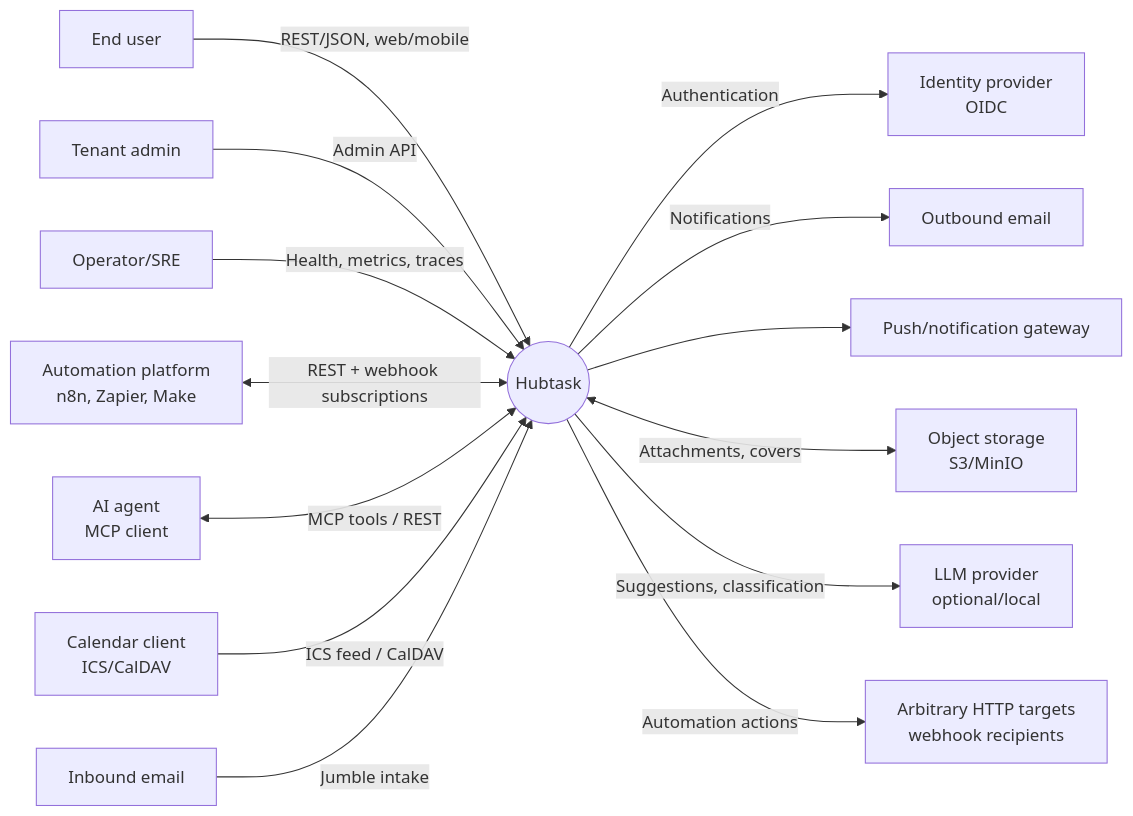
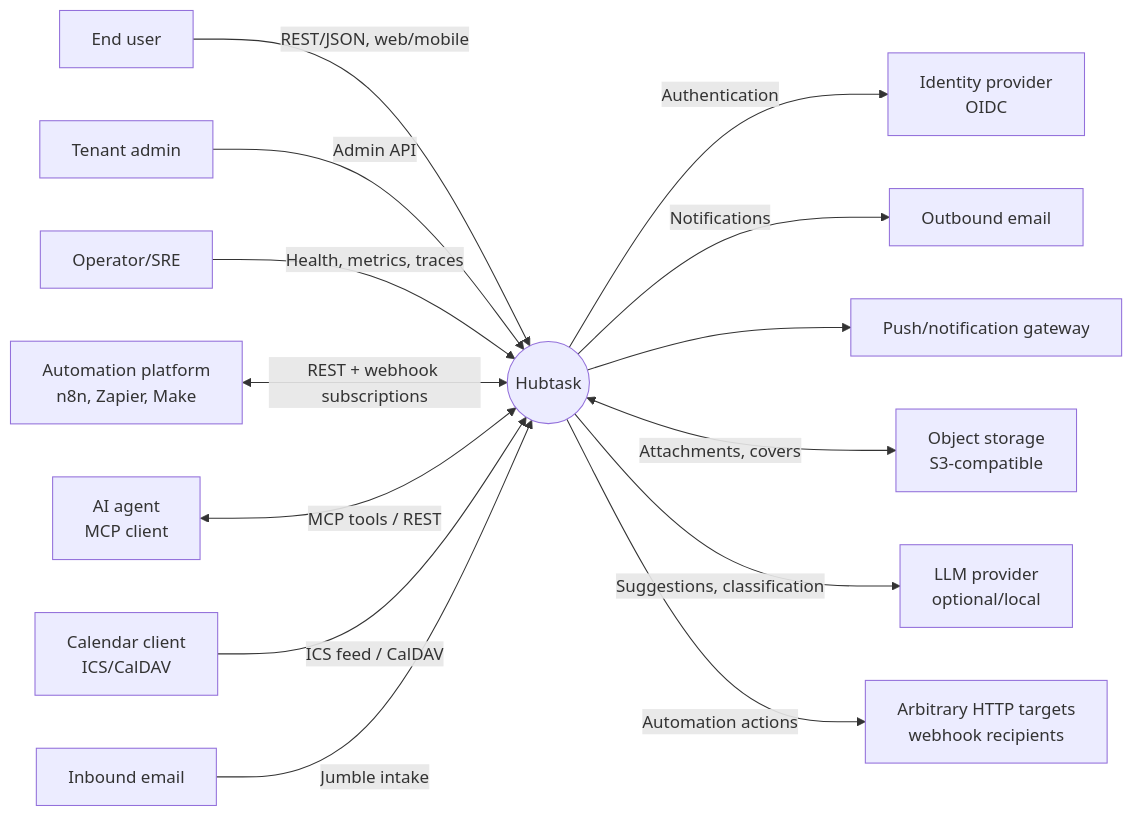
Before and after one commit to Jersyfi/hubtask: the first of 7 diagrams in docs/architecture/arc42.md, drawn with Mermaid. The commit also changed other lines of this file and 31 other files, not shown here.

````diff
--- a/docs/architecture/arc42.md
+++ b/docs/architecture/arc42.md
@@ -160,32 +160,32 @@
 ```mermaid
 graph LR
   U[End user]
   ADMIN[Tenant admin]
   OPS[Operator/SRE]
   AUTO[Automation platform<br/>n8n, Zapier, Make]
   AGENT[AI agent<br/>MCP client]
   CAL[Calendar client<br/>ICS/CalDAV]
   MAIL[Inbound email]
   IDP[Identity provider<br/>OIDC]
   SMTP[Outbound email]
   PUSH[Push/notification gateway]
-  OBJ[Object storage<br/>S3/MinIO]
+  OBJ[Object storage<br/>S3-compatible]
   LLM[LLM provider<br/>optional/local]
   EXT[Arbitrary HTTP targets<br/>webhook recipients]
 
   HT((Hubtask))
 
   U -->|REST/JSON, web/mobile| HT
   ADMIN -->|Admin API| HT
   OPS -->|Health, metrics, traces| HT
   AUTO <-->|REST + webhook subscriptions| HT
   AGENT <-->|MCP tools / REST| HT
   CAL -->|ICS feed / CalDAV| HT
   MAIL -->|Jumble intake| HT
   HT -->|Authentication| IDP
   HT -->|Notifications| SMTP
   HT --> PUSH
   HT <-->|Attachments, covers| OBJ
   HT -->|Suggestions, classification| LLM
   HT -->|Automation actions| EXT
 ```
````
